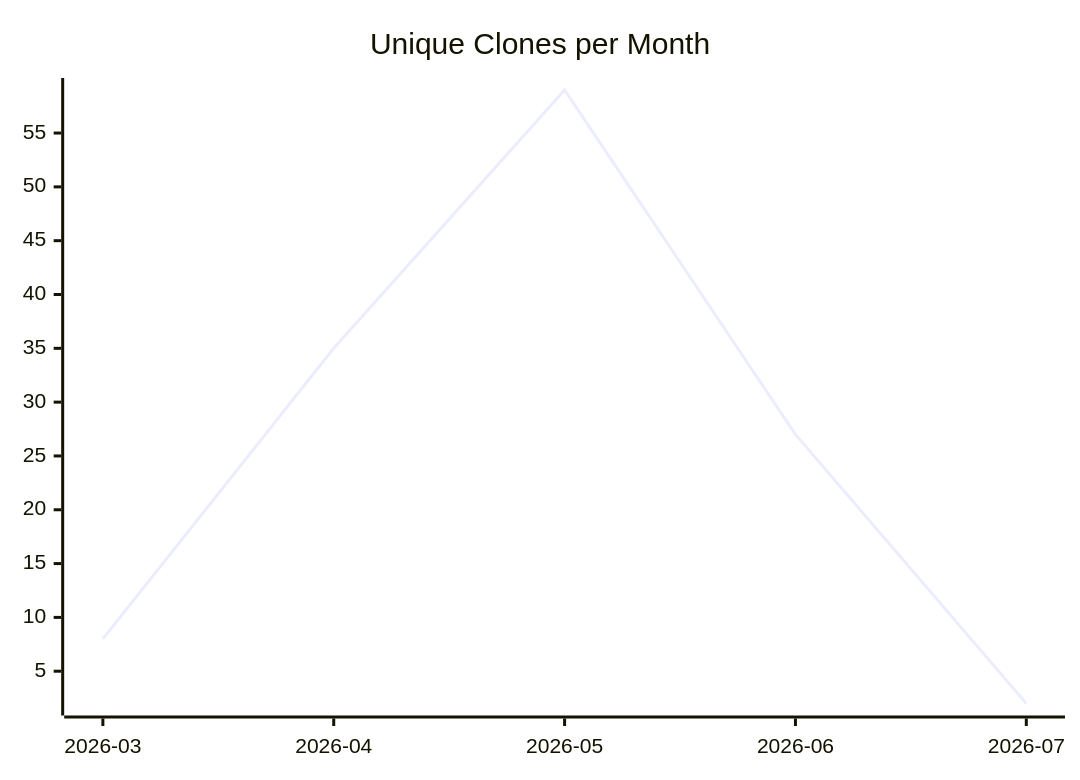
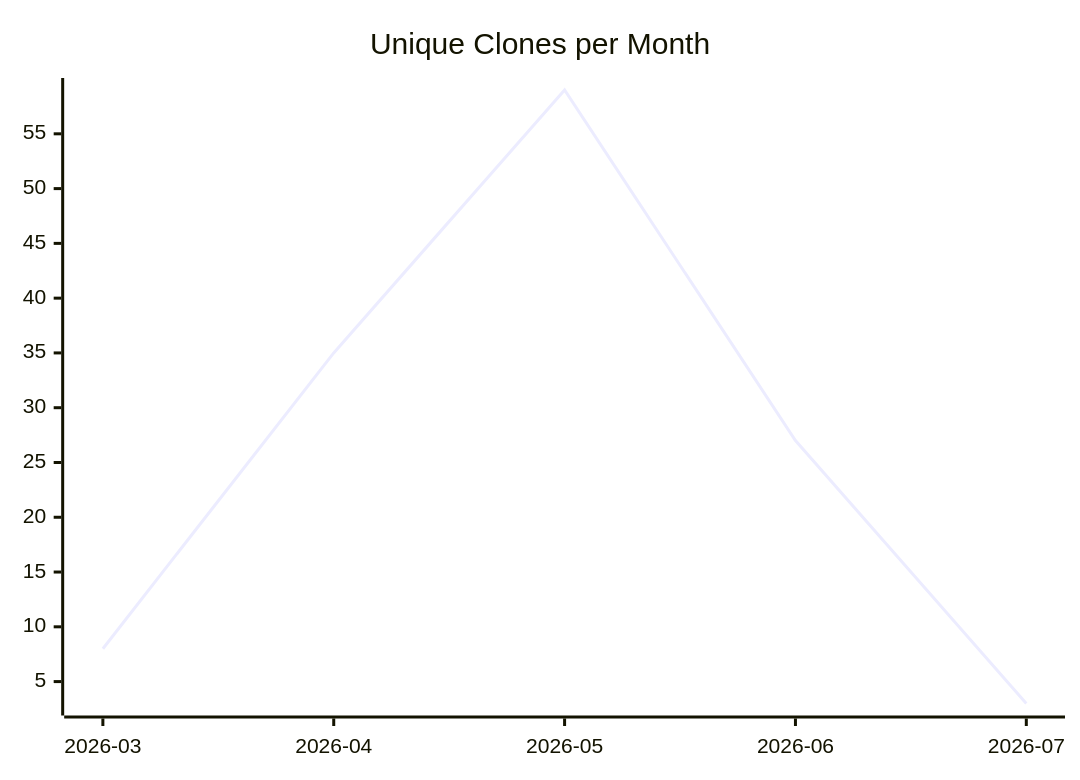
The third of 3 diagrams in karlmdavis/fhir-benchmarks/README.md (justdavis-family/github-analytics-data), drawn with Mermaid before and after one commit. The commit also changed other lines of this file and 200 other files, not shown here.

````diff
--- a/karlmdavis/fhir-benchmarks/README.md
+++ b/karlmdavis/fhir-benchmarks/README.md
@@ -19,6 +19,6 @@
 ```mermaid
 xychart-beta
   title "Unique Clones per Month"
   x-axis ["2026-03", "2026-04", "2026-05", "2026-06", "2026-07"]
-  line [8, 35, 59, 27, 2]
+  line [8, 35, 59, 27, 3]
 ```
````
